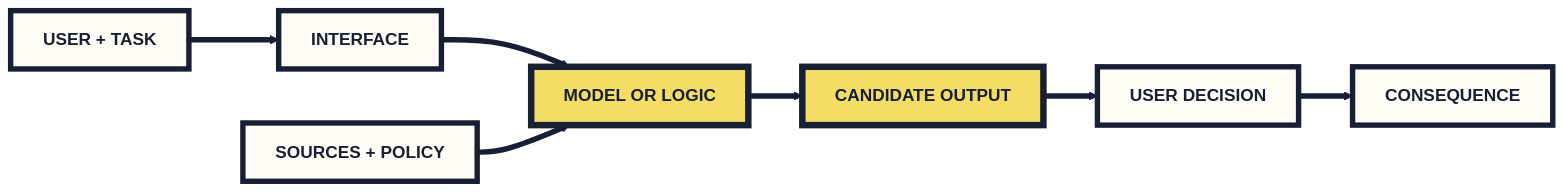
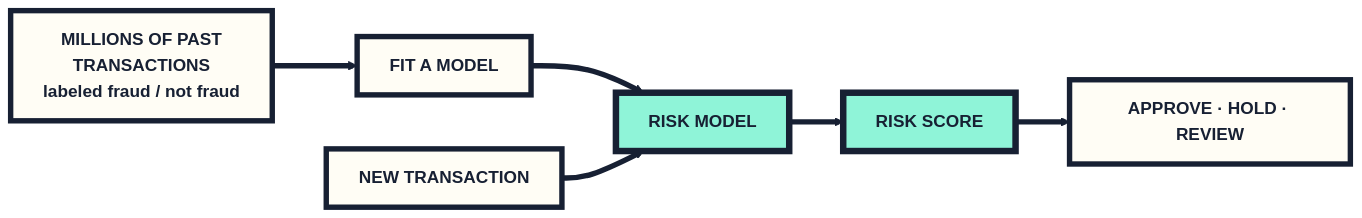
The first of 4 diagrams in slides/session-1/morning.md (clg236/applied-generative-ai-course-students), drawn with Mermaid (forest theme) before and after one commit. The commit also changed other lines of this file and 59 other files, not shown here.

````diff
--- a/slides/session-1/morning.md
+++ b/slides/session-1/morning.md
@@ -156,12 +202,11 @@
 ```mermaid
 flowchart LR
-  accTitle: The business system around a generated answer
-  accDescr: A user task enters an interface. Sources and policy shape a model or logic component, which produces a candidate output. A user decision based on that output can lead to a real consequence.
-  U["USER + TASK"] --> I["INTERFACE"] --> M["MODEL OR LOGIC"]
-  S["SOURCES + POLICY"] --> M
-  M --> O["CANDIDATE OUTPUT"] --> D["USER DECISION"] --> C["CONSEQUENCE"]
+  accTitle: A learning system fits a pattern from labeled examples
+  accDescr: Millions of past transactions labeled fraud or not fraud are used to fit a model. A new transaction is then scored for risk, and the score routes the case to approval, a hold, or a human reviewer.
+  E["MILLIONS OF PAST<br/>TRANSACTIONS<br/>labeled fraud / not fraud"] --> T["FIT A MODEL"] --> M["RISK MODEL"]
+  N["NEW TRANSACTION"] --> M --> S["RISK SCORE"] --> D["APPROVE · HOLD · REVIEW"]
   classDef default fill:#fffdf5,stroke:#172033,stroke-width:5px,color:#172033,font-weight:900,rx:0px,ry:0px;
-  classDef focus fill:#f4dc67,stroke:#172033,stroke-width:6px,color:#172033,font-weight:900,rx:0px,ry:0px;
-  class M,O focus
+  classDef focus fill:#8ff4d8,stroke:#172033,stroke-width:6px,color:#172033,font-weight:900,rx:0px,ry:0px;
+  class M,S focus
   linkStyle default stroke:#172033,stroke-width:5px;
 ```
````
